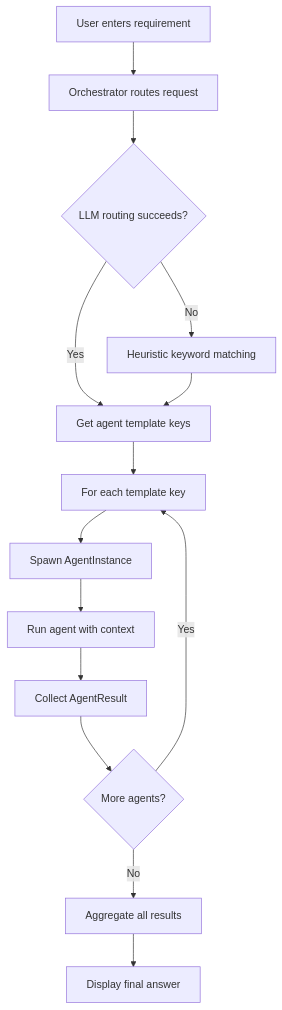
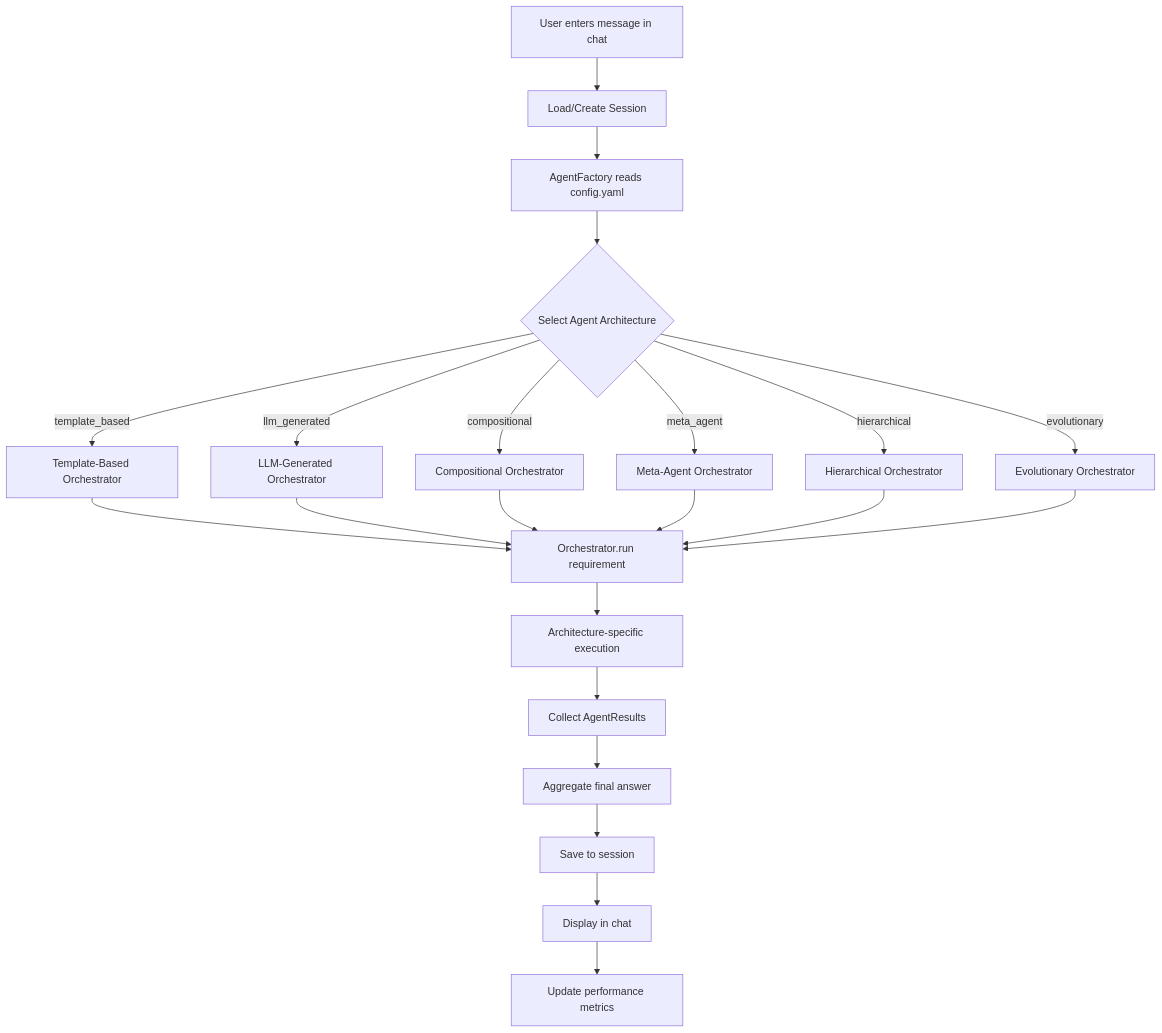
The first of 8 diagrams in docs/understanding.md (rahulyad011/Agent_Spawning_Framework), drawn with Mermaid before and after one commit. The commit also changed other lines of this file and 47 other files, not shown here.

First line of the commit message:
feat: Add multi-architecture agent system with 6 agent types

````diff
--- a/docs/understanding.md
+++ b/docs/understanding.md
@@ -110,16 +192,24 @@
 ```mermaid
 flowchart TD
-    A[User enters requirement] --> B[Orchestrator routes request]
-    B --> C{LLM routing succeeds?}
-    C -->|Yes| D[Get agent template keys]
-    C -->|No| E[Heuristic keyword matching]
-    E --> D
-    D --> F[For each template key]
-    F --> G[Spawn AgentInstance]
-    G --> H[Run agent with context]
-    H --> I[Collect AgentResult]
-    I --> J{More agents?}
-    J -->|Yes| F
-    J -->|No| K[Aggregate all results]
-    K --> L[Display final answer]
+    A[User enters message in chat] --> B[Load/Create Session]
+    B --> C[AgentFactory reads config.yaml]
+    C --> D{Select Agent Architecture}
+    D -->|template_based| E[Template-Based Orchestrator]
+    D -->|llm_generated| F[LLM-Generated Orchestrator]
+    D -->|compositional| G[Compositional Orchestrator]
+    D -->|meta_agent| H[Meta-Agent Orchestrator]
+    D -->|hierarchical| I[Hierarchical Orchestrator]
+    D -->|evolutionary| J[Evolutionary Orchestrator]
+    E --> K[Orchestrator.run requirement]
+    F --> K
+    G --> K
+    H --> K
+    I --> K
+    J --> K
+    K --> L[Architecture-specific execution]
+    L --> M[Collect AgentResults]
+    M --> N[Aggregate final answer]
+    N --> O[Save to session]
+    O --> P[Display in chat]
+    P --> Q[Update performance metrics]
 ```
````
